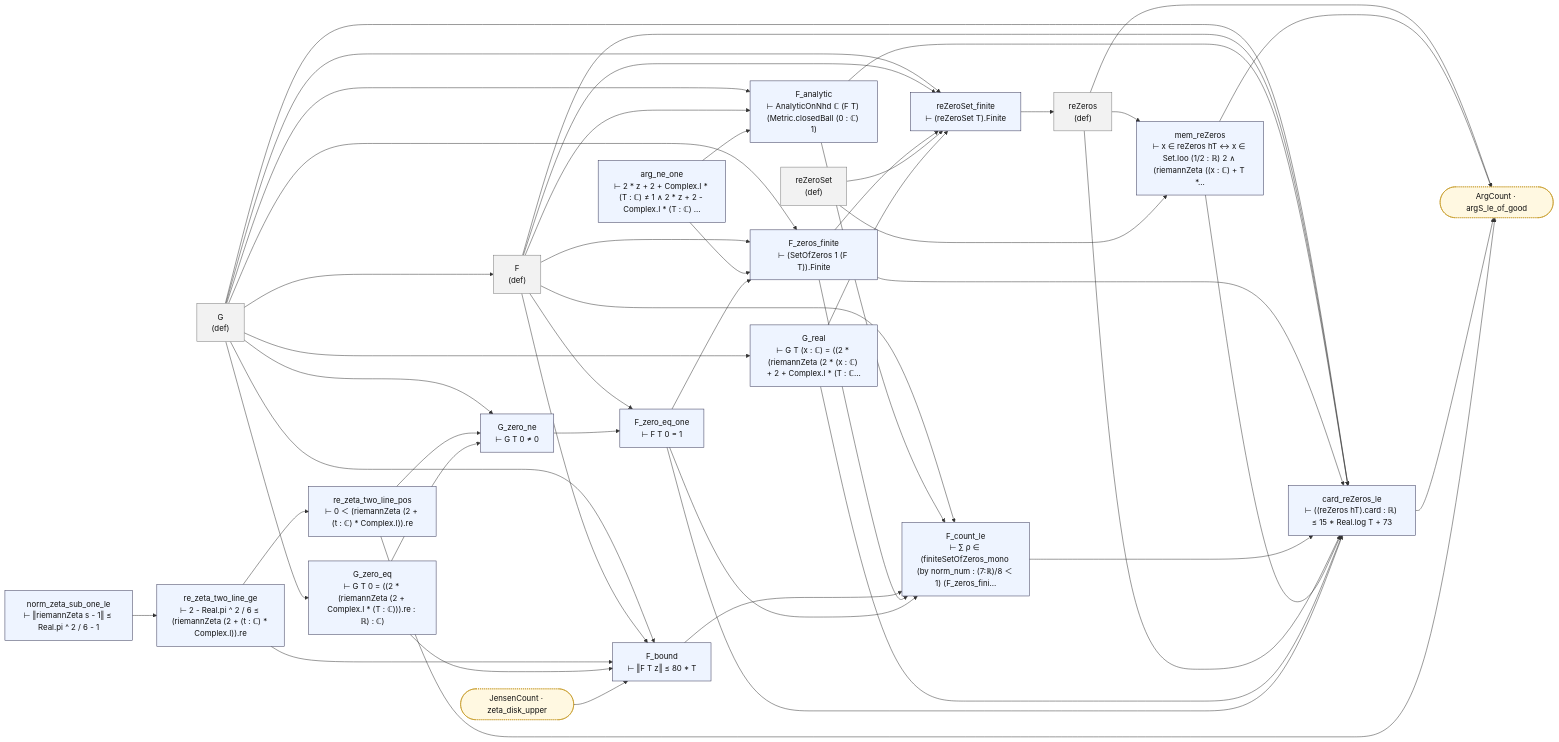
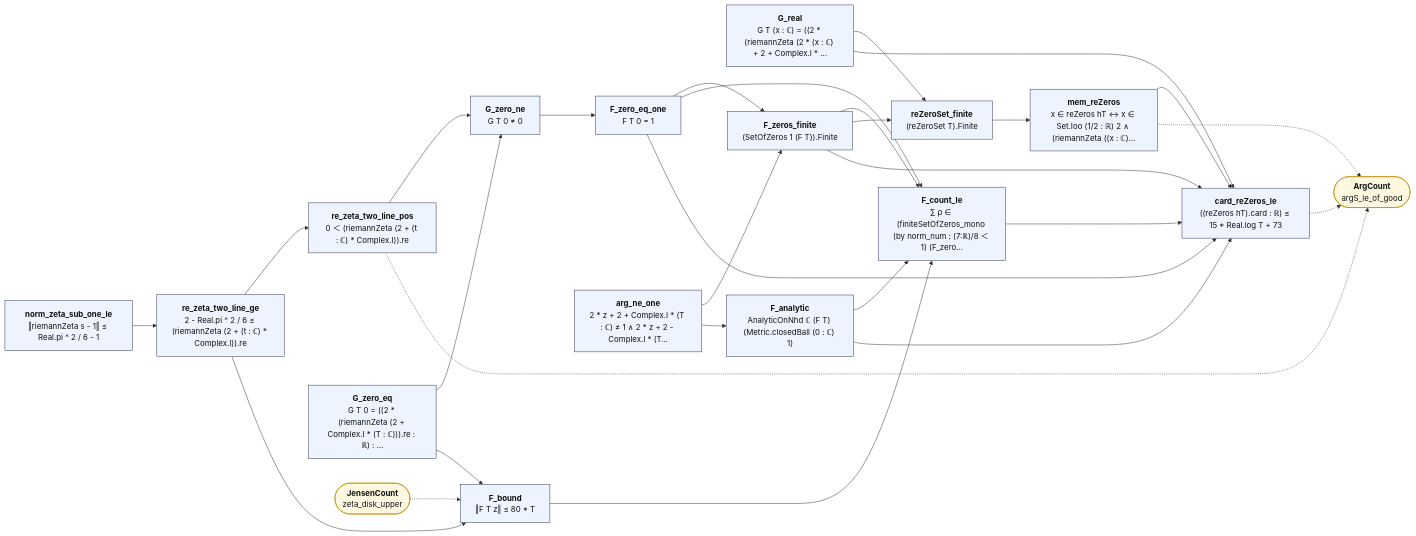
Before and after one commit to juliansambranojr/Primebeat_081426: the diagram in map/lean_stage3/ReZetaCount.md, drawn with Mermaid. The commit also changed other lines of this file and 387 other files, not shown here.

````diff
--- a/map/lean_stage3/ReZetaCount.md
+++ b/map/lean_stage3/ReZetaCount.md
@@ -8,78 +12,52 @@
 ```mermaid
 flowchart LR
-  n0["G<br/>(def)"]:::dfn
-  n1["F<br/>(def)"]:::dfn
-  n2["reZeroSet<br/>(def)"]:::dfn
-  n3["norm_zeta_sub_one_le<br/>⊢ ‖riemannZeta s - 1‖ ≤ Real.pi ^ 2 / 6 - 1"]:::thm
-  n4["re_zeta_two_line_ge<br/>⊢ 2 - Real.pi ^ 2 / 6 ≤ (riemannZeta (2 + (t : ℂ) * Complex.I)).re"]:::thm
-  n5["re_zeta_two_line_pos<br/>⊢ 0 ＜ (riemannZeta (2 + (t : ℂ) * Complex.I)).re"]:::thm
-  n6["G_zero_eq<br/>⊢ G T 0 = ((2 * (riemannZeta (2 + Complex.I * (T : ℂ))).re : ℝ) : ℂ)"]:::thm
-  n7["G_real<br/>⊢ G T (x : ℂ) = ((2 * (riemannZeta (2 * (x : ℂ) + 2 + Complex.I * (T : ℂ…"]:::thm
-  n8["G_zero_ne<br/>⊢ G T 0 ≠ 0"]:::thm
-  n9["F_zero_eq_one<br/>⊢ F T 0 = 1"]:::thm
-  n10["arg_ne_one<br/>⊢ 2 * z + 2 + Complex.I * (T : ℂ) ≠ 1 ∧ 2 * z + 2 - Complex.I * (T : ℂ) …"]:::thm
-  n11["F_analytic<br/>⊢ AnalyticOnNhd ℂ (F T) (Metric.closedBall (0 : ℂ) 1)"]:::thm
-  n12["F_bound<br/>⊢ ‖F T z‖ ≤ 80 * T"]:::thm
-  n13["F_zeros_finite<br/>⊢ (SetOfZeros 1 (F T)).Finite"]:::thm
-  n14["F_count_le<br/>⊢ ∑ ρ ∈ (finiteSetOfZeros_mono (by norm_num : (7:ℝ)/8 ＜ 1) (F_zeros_fini…"]:::thm
-  n15["reZeroSet_finite<br/>⊢ (reZeroSet T).Finite"]:::thm
-  n16["reZeros<br/>(def)"]:::dfn
-  n17["mem_reZeros<br/>⊢ x ∈ reZeros hT ↔ x ∈ Set.Ioo (1/2 : ℝ) 2 ∧ (riemannZeta ((x : ℂ) + T *…"]:::thm
-  n18["card_reZeros_le<br/>⊢ ((reZeros hT).card : ℝ) ≤ 15 * Real.log T + 73"]:::thm
-  x0(["ArgCount · argS_le_of_good"]):::ext
-  x1(["JensenCount · zeta_disk_upper"]):::ext
+  n0["<b>norm_zeta_sub_one_le</b><br/>‖riemannZeta s - 1‖ ≤ Real.pi ^ 2 / 6 - 1"]:::thm
+  n1["<b>re_zeta_two_line_ge</b><br/>2 - Real.pi ^ 2 / 6 ≤ (riemannZeta (2 + (t : ℂ) * Complex.I)).re"]:::thm
+  n2["<b>re_zeta_two_line_pos</b><br/>0 ＜ (riemannZeta (2 + (t : ℂ) * Complex.I)).re"]:::thm
+  n3["<b>G_zero_eq</b><br/>G T 0 = ((2 * (riemannZeta (2 + Complex.I * (T : ℂ))).re : ℝ) : …"]:::thm
+  n4["<b>G_real</b><br/>G T (x : ℂ) = ((2 * (riemannZeta (2 * (x : ℂ) + 2 + Complex.I * …"]:::thm
+  n5["<b>G_zero_ne</b><br/>G T 0 ≠ 0"]:::thm
+  n6["<b>F_zero_eq_one</b><br/>F T 0 = 1"]:::thm
+  n7["<b>arg_ne_one</b><br/>2 * z + 2 + Complex.I * (T : ℂ) ≠ 1 ∧ 2 * z + 2 - Complex.I * (T…"]:::thm
+  n8["<b>F_analytic</b><br/>AnalyticOnNhd ℂ (F T) (Metric.closedBall (0 : ℂ) 1)"]:::thm
+  n9["<b>F_bound</b><br/>‖F T z‖ ≤ 80 * T"]:::thm
+  n10["<b>F_zeros_finite</b><br/>(SetOfZeros 1 (F T)).Finite"]:::thm
+  n11["<b>F_count_le</b><br/>∑ ρ ∈ (finiteSetOfZeros_mono (by norm_num : (7:ℝ)/8 ＜ 1) (F_zero…"]:::thm
+  n12["<b>reZeroSet_finite</b><br/>(reZeroSet T).Finite"]:::thm
+  n13["<b>mem_reZeros</b><br/>x ∈ reZeros hT ↔ x ∈ Set.Ioo (1/2 : ℝ) 2 ∧ (riemannZeta ((x : ℂ)…"]:::thm
+  n14["<b>card_reZeros_le</b><br/>((reZeros hT).card : ℝ) ≤ 15 * Real.log T + 73"]:::thm
+  x0(["<b>ArgCount</b><br/>argS_le_of_good"]):::ext
+  x1(["<b>JensenCount</b><br/>zeta_disk_upper"]):::ext
   n0 --> n1
-  n0 --> n11
-  n0 --> n12
-  n0 --> n13
-  n0 --> n15
-  n0 --> n18
-  n0 --> n6
-  n0 --> n7
-  n0 --> n8
-  n1 --> n11
-  n1 --> n12
-  n1 --> n13
-  n1 --> n14
-  n1 --> n15
-  n1 --> n18
+  n1 --> n2
   n1 --> n9
   n10 --> n11
-  n10 --> n13
+  n10 --> n12
+  n10 --> n14
   n11 --> n14
-  n11 --> n18
-  n12 --> n14
+  n12 --> n13
   n13 --> n14
-  n13 --> n15
-  n13 --> n18
-  n14 --> n18
-  n15 --> n16
-  n16 --> n17
-  n16 --> n18
-  n16 --> x0
-  n17 --> n18
-  n17 --> x0
-  n18 --> x0
-  n2 --> n15
-  n2 --> n17
-  n3 --> n4
+  n2 --> n5
+  n3 --> n5
+  n3 --> n9
   n4 --> n12
-  n4 --> n5
-  n5 --> n8
-  n5 --> x0
-  n6 --> n12
-  n6 --> n8
-  n7 --> n15
-  n7 --> n18
-  n8 --> n9
-  n9 --> n13
-  n9 --> n14
-  n9 --> n18
-  x1 --> n12
+  n4 --> n14
+  n5 --> n6
+  n6 --> n10
+  n6 --> n11
+  n6 --> n14
+  n7 --> n10
+  n7 --> n8
+  n8 --> n11
+  n8 --> n14
+  n9 --> n11
+  n13 -.-> x0
+  n14 -.-> x0
+  n2 -.-> x0
+  x1 -.-> n9
   classDef thm fill:#eef4ff,stroke:#335,color:#111
-  classDef dfn fill:#f2f2f2,stroke:#777,color:#111
   classDef end_ fill:#e7f7e7,stroke:#2a7,color:#111,stroke-width:2px
   classDef lone fill:#fff,stroke:#999,color:#111,stroke-dasharray:4 3
   classDef bad fill:#ffe5e5,stroke:#c22,color:#111,stroke-width:2px
-  classDef ext fill:#fff8e1,stroke:#b80,color:#111,stroke-dasharray:2 2
+  classDef ext fill:#fff8e1,stroke:#b80,color:#111
 ```
````
